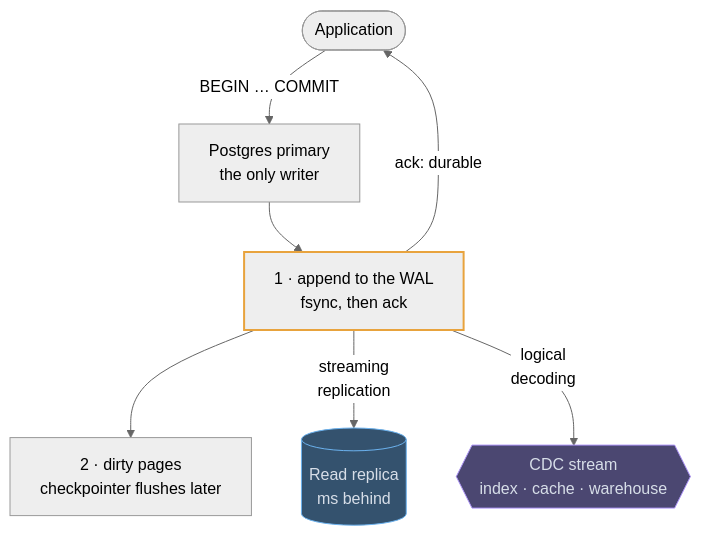
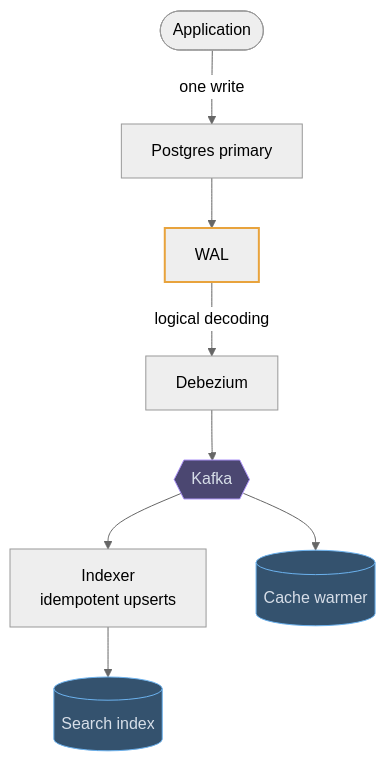
One commit to mertkahyaoglu/atlas changed the third of 4 diagrams in content/tech/01-postgres.md. Above: the diagram before and after it, drawn with Mermaid (neutral theme). The commit also changed other lines of this file and 18 other files, not shown here.

First line of the commit message:
Rebuild the technology pages as use cases with diagrams

````diff
--- a/content/tech/01-postgres.md
+++ b/content/tech/01-postgres.md
@@ -92,16 +116,17 @@
 ```mermaid
 flowchart TB
-    App([Application]) -- "BEGIN … COMMIT" --> PG["Postgres primary<br/>the only writer"]
-    PG --> WAL["1 · append to the WAL<br/>fsync, then ack"]
-    WAL -- "ack: durable" --> App
-    WAL --> Pages["2 · dirty pages<br/>checkpointer flushes later"]
-    WAL -- "streaming<br/>replication" --> Replica[("Read replica<br/>ms behind")]
-    WAL -- "logical<br/>decoding" --> CDC{{"CDC stream<br/>index · cache · warehouse"}}
+    App([Application]) -- "one write" --> PG["Postgres primary"]
+    PG --> WAL["WAL"]
+    WAL -- "logical decoding" --> CDC["Debezium"]
+    CDC --> Bus{{"Kafka"}}
+    Bus --> Indexer["Indexer<br/>idempotent upserts"]
+    Indexer --> ES[("Search index")]
+    Bus --> Cache[("Cache warmer")]
 
     classDef db fill:#34526e,stroke:#6cb2ee,color:#d7dee8
     classDef queue fill:#4b4771,stroke:#ad94f7,color:#d7dee8
     classDef hot stroke:#e8a33d,stroke-width:2px
-    class Replica db
-    class CDC queue
+    class ES,Cache db
+    class Bus queue
     class WAL hot
 ```
````
